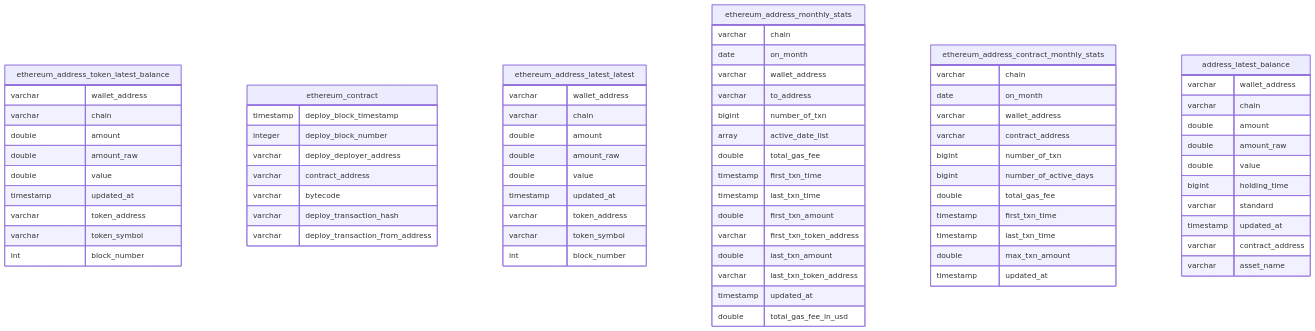
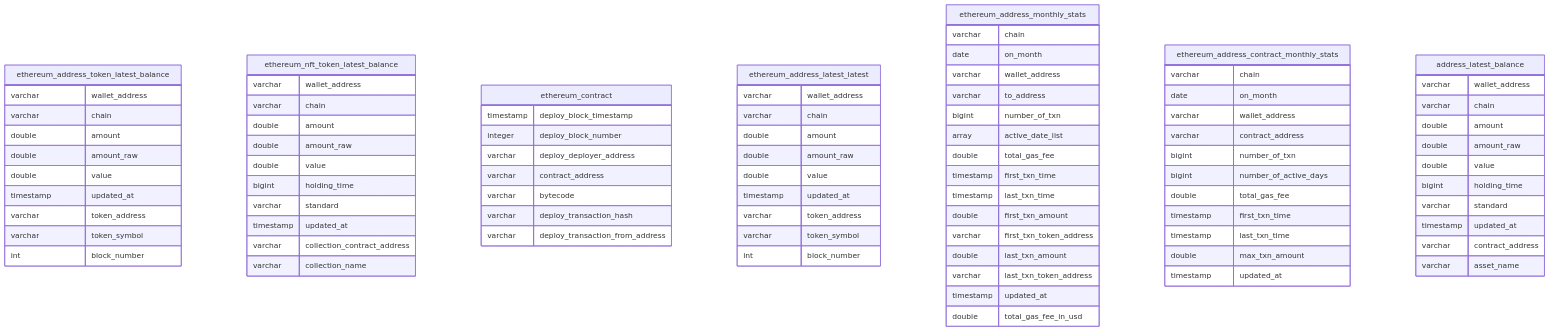
Before and after one commit to footprintanalytics/awesome-web3: the diagram in analysis_techniques/address_analysis.md, drawn with Mermaid.

```diff
--- a/analysis_techniques/address_analysis.md
+++ b/analysis_techniques/address_analysis.md
@@ -21,7 +21,18 @@
       varchar token_symbol
       int block_number
     }
-
+     ethereum_nft_token_latest_balance {
+      varchar wallet_address
+      varchar chain
+      double amount
+      double amount_raw
+      double value
+      bigint holding_time
+      varchar standard
+      timestamp updated_at
+      varchar collection_contract_address
+      varchar collection_name
+    }
 
      ethereum_contract {
       timestamp deploy_block_timestamp
```
